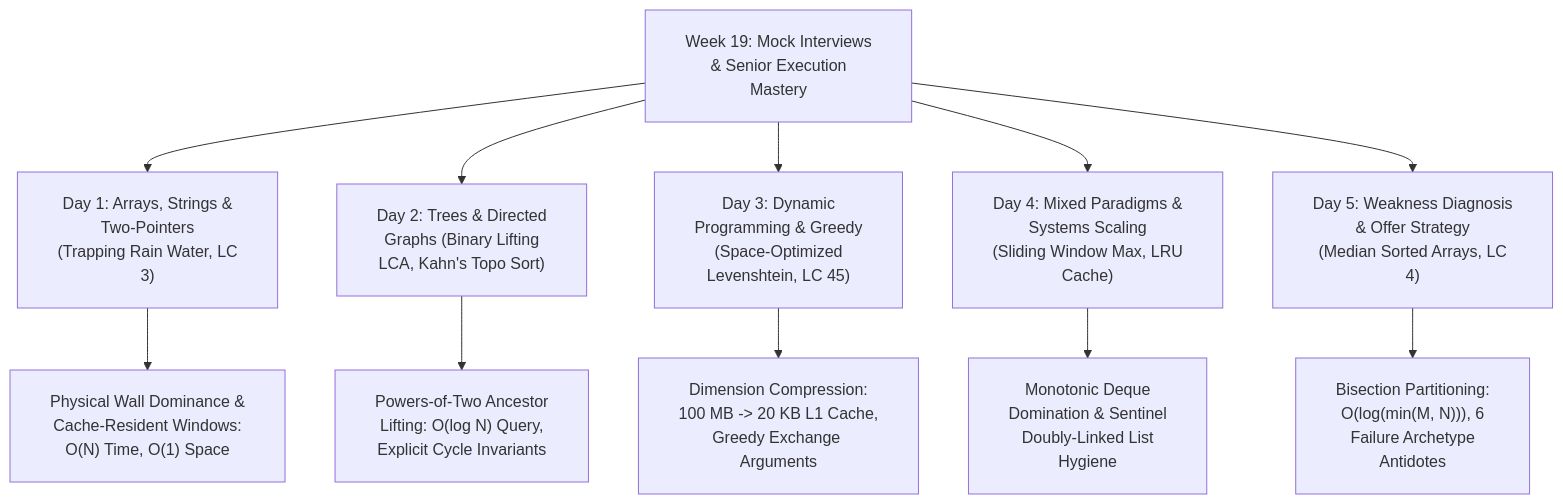
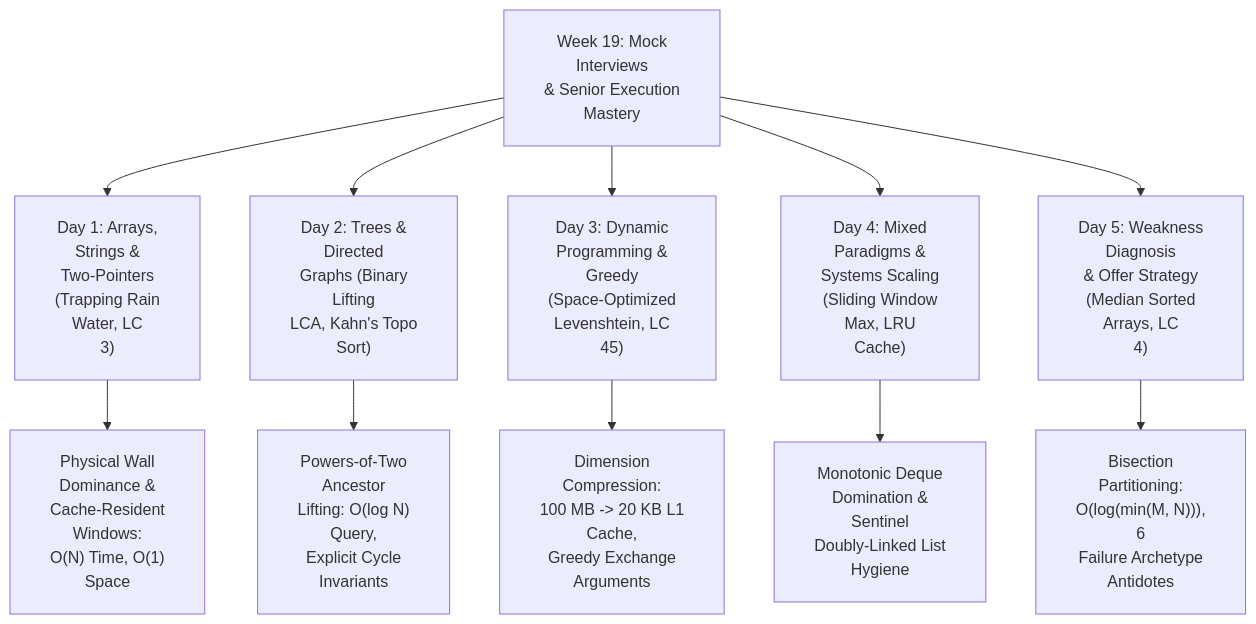
The diagram in week_19_mock_interviews_mastery/WEEK_19_FULL_PLAYBOOK.md (dip4k/DSA_102), drawn with Mermaid before and after one commit. The commit also changed 106 other files, not shown here.

First line of the commit message:
fix(mermaid): prevent text clipping with foreignObject overflow and tighter line wrapping

````diff
--- a/week_19_mock_interviews_mastery/WEEK_19_FULL_PLAYBOOK.md
+++ b/week_19_mock_interviews_mastery/WEEK_19_FULL_PLAYBOOK.md
@@ -11,15 +11,15 @@
 ```mermaid
-%%{init: {"flowchart": {"htmlLabels": true, "padding": 20}}}%%
+%%{init: {"flowchart": {"htmlLabels": true, "padding": 20}, "themeCSS": "foreignObject { overflow: visible !important; }"}}%%
 flowchart TD
-    W["Week 19: Mock Interviews<br/>& Senior Execution<br/>Mastery"] --> D1["Day 1: Arrays, Strings &<br/>Two-Pointers<br/>(Trapping Rain Water, LC<br/>3)"]
-    W --> D2["Day 2: Trees & Directed<br/>Graphs (Binary Lifting<br/>LCA, Kahn's Topo Sort)"]
-    W --> D3["Day 3: Dynamic<br/>Programming & Greedy<br/>(Space-Optimized<br/>Levenshtein, LC 45)"]
-    W --> D4["Day 4: Mixed Paradigms &<br/>Systems Scaling<br/>(Sliding Window Max, LRU<br/>Cache)"]
-    W --> D5["Day 5: Weakness Diagnosis<br/>& Offer Strategy<br/>(Median Sorted Arrays, LC<br/>4)"]
+    W["Week 19: Mock<br/>Interviews<br/>& Senior Execution<br/>Mastery"] --> D1["Day 1: Arrays,<br/>Strings &<br/>Two-Pointers<br/>(Trapping Rain<br/>Water, LC<br/>3)"]
+    W --> D2["Day 2: Trees &<br/>Directed<br/>Graphs (Binary<br/>Lifting<br/>LCA, Kahn's Topo<br/>Sort)"]
+    W --> D3["Day 3: Dynamic<br/>Programming &<br/>Greedy<br/>(Space-Optimized<br/>Levenshtein, LC<br/>45)"]
+    W --> D4["Day 4: Mixed<br/>Paradigms &<br/>Systems Scaling<br/>(Sliding Window<br/>Max, LRU<br/>Cache)"]
+    W --> D5["Day 5: Weakness<br/>Diagnosis<br/>& Offer Strategy<br/>(Median Sorted<br/>Arrays, LC<br/>4)"]
 
-    D1 --> P1["Physical Wall Dominance &<br/>Cache-Resident Windows:<br/>O(N) Time, O(1) Space"]
-    D2 --> P2["Powers-of-Two Ancestor<br/>Lifting: O(log N) Query,<br/>Explicit Cycle Invariants"]
-    D3 --> P3["Dimension Compression:<br/>100 MB -> 20 KB L1 Cache,<br/>Greedy Exchange Arguments"]
-    D4 --> P4["Monotonic Deque<br/>Domination & Sentinel<br/>Doubly-Linked List<br/>Hygiene"]
-    D5 --> P5["Bisection Partitioning:<br/>O(log(min(M, N))), 6<br/>Failure Archetype<br/>Antidotes"]
+    D1 --> P1["Physical Wall<br/>Dominance &<br/>Cache-Resident<br/>Windows:<br/>O(N) Time, O(1)<br/>Space"]
+    D2 --> P2["Powers-of-Two<br/>Ancestor<br/>Lifting: O(log N)<br/>Query,<br/>Explicit Cycle<br/>Invariants"]
+    D3 --> P3["Dimension<br/>Compression:<br/>100 MB -> 20 KB L1<br/>Cache,<br/>Greedy Exchange<br/>Arguments"]
+    D4 --> P4["Monotonic Deque<br/>Domination &<br/>Sentinel<br/>Doubly-Linked List<br/>Hygiene"]
+    D5 --> P5["Bisection<br/>Partitioning:<br/>O(log(min(M, N))),<br/>6<br/>Failure Archetype<br/>Antidotes"]
 ```
````
